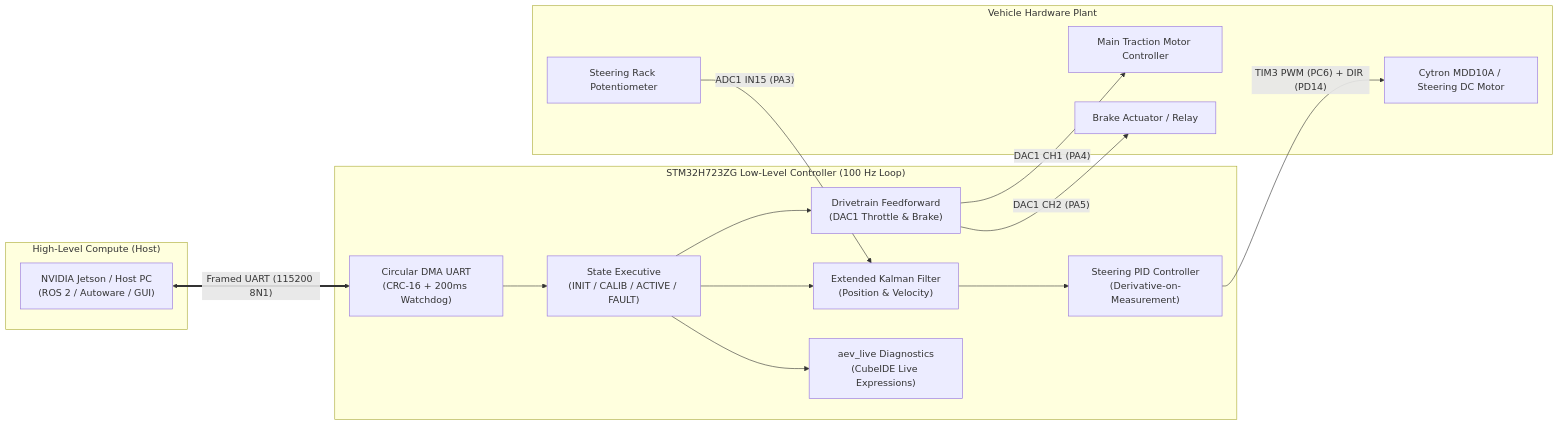
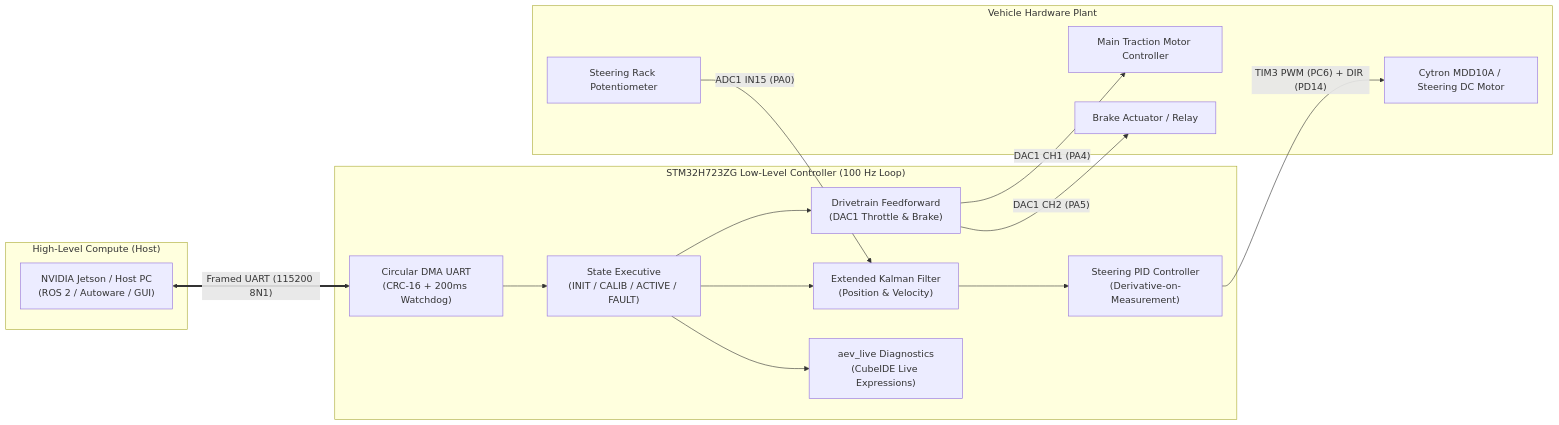
One commit to maheshnatham/AEV_LowLevel_Controller changed the diagram in README.md. Above: the diagram before and after it, drawn with Mermaid.

Commit message:
Update README.md
PA3 is changed to PA0 in the readme flowchart because it is incorrect

````diff
--- a/README.md
+++ b/README.md
@@ -15,33 +15,33 @@
 ```mermaid
 flowchart LR
     subgraph Autonomy["High-Level Compute (Host)"]
         Jetson["NVIDIA Jetson / Host PC<br>(ROS 2 / Autoware / GUI)"]
     end
 
     subgraph Controller["STM32H723ZG Low-Level Controller (100 Hz Loop)"]
         Comm["Circular DMA UART<br>(CRC-16 + 200ms Watchdog)"]
         State["State Executive<br>(INIT / CALIB / ACTIVE / FAULT)"]
         EKF["Extended Kalman Filter<br>(Position & Velocity)"]
         PID["Steering PID Controller<br>(Derivative-on-Measurement)"]
         Drivetrain["Drivetrain Feedforward<br>(DAC1 Throttle & Brake)"]
         Live["aev_live Diagnostics<br>(CubeIDE Live Expressions)"]
     end
 
     subgraph Actuators["Vehicle Hardware Plant"]
         Cytron["Cytron MDD10A / Steering DC Motor"]
         RackPot["Steering Rack Potentiometer"]
         MotorCtrl["Main Traction Motor Controller"]
         BrakeSys["Brake Actuator / Relay"]
     end
 
     Jetson <== "Framed UART (115200 8N1)" ==> Comm
     Comm --> State
-    RackPot -->|"ADC1 IN15 (PA3)"| EKF
+    RackPot -->|"ADC1 IN15 (PA0)"| EKF
     State --> EKF
     EKF --> PID
     PID -->|"TIM3 PWM (PC6) + DIR (PD14)"| Cytron
     State --> Drivetrain
     Drivetrain -->|"DAC1 CH1 (PA4)"| MotorCtrl
     Drivetrain -->|"DAC1 CH2 (PA5)"| BrakeSys
     State --> Live
 ```
````
